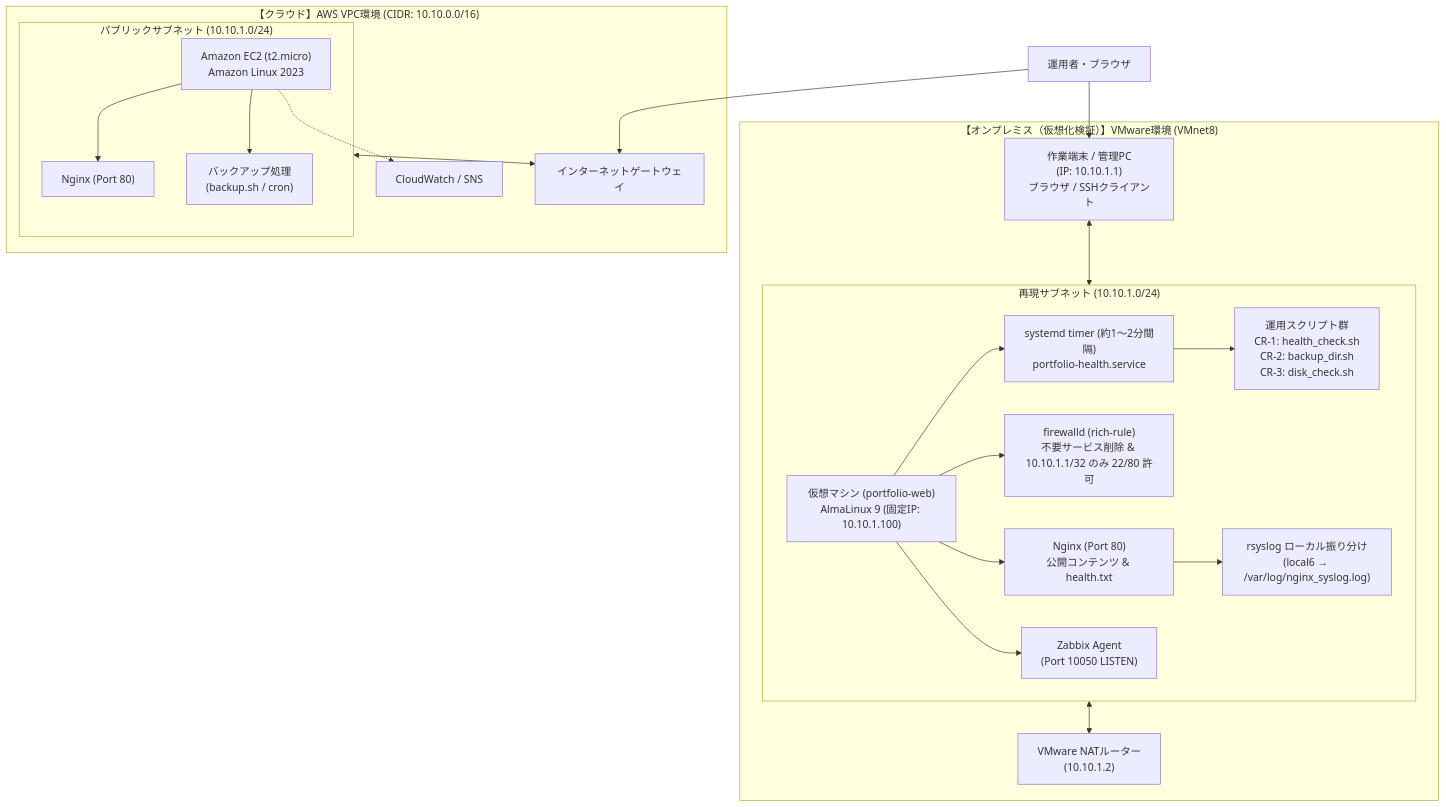
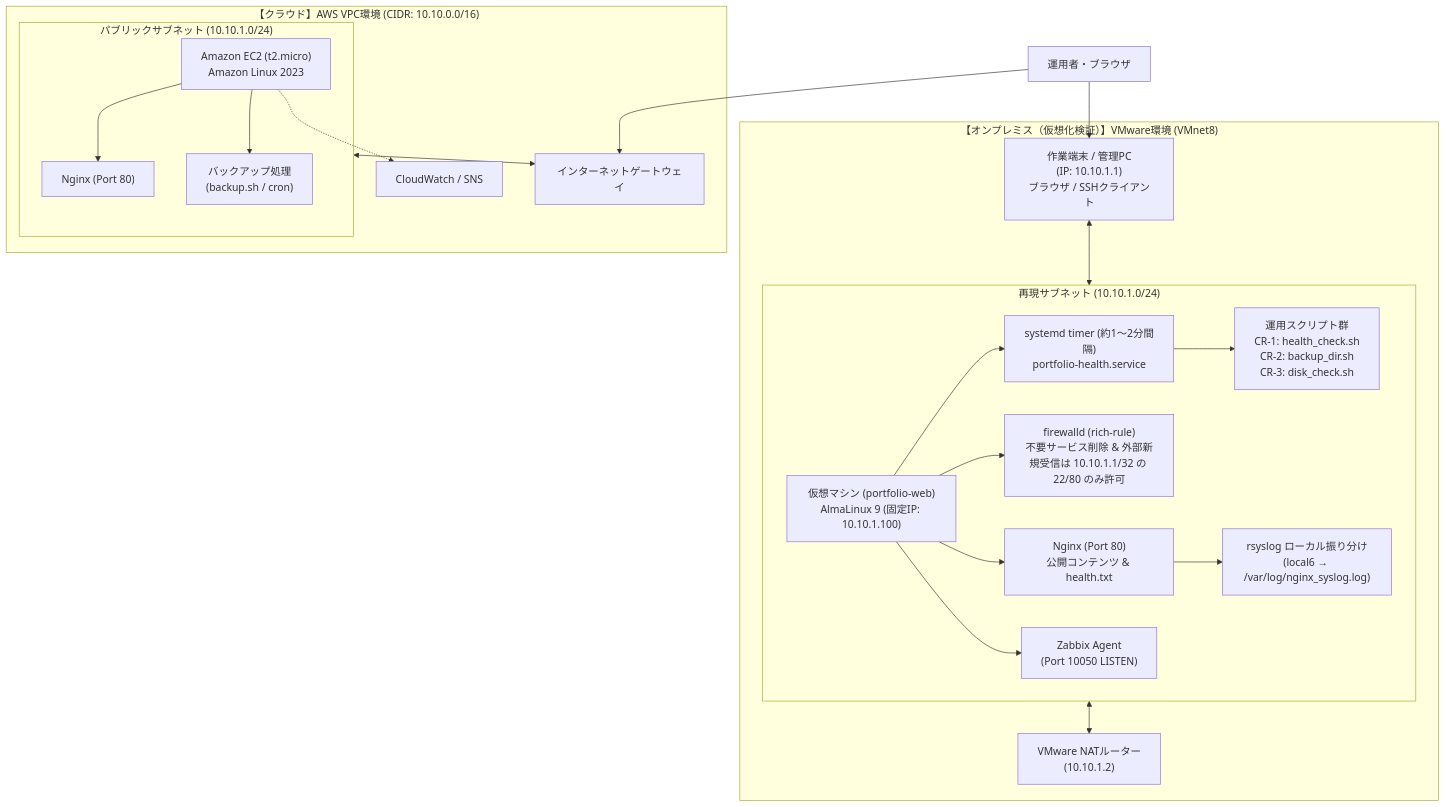
The first of 2 diagrams in README.md (tsdeportfolio/aws-linux-hybrid-portfolio), drawn with Mermaid before and after one commit. The commit also changed other lines of this file and 2 other files, not shown here.

````diff
--- a/README.md
+++ b/README.md
@@ -93,43 +93,43 @@
 ```mermaid
 flowchart TD
     subgraph AWS_Cloud ["【クラウド】AWS VPC環境 (CIDR: 10.10.0.0/16)"]
         subgraph AWS_Subnet ["パブリックサブネット (10.10.1.0/24)"]
             EC2["Amazon EC2 (t2.micro)<br>Amazon Linux 2023"]
             Nginx["Nginx (Port 80)"]
             Backup["バックアップ処理<br>(backup.sh / cron)"]
             EC2 --> Nginx
             EC2 --> Backup
         end
         IGW["インターネットゲートウェイ"]
         CW["CloudWatch / SNS"]
         AWS_Subnet <--> IGW
         EC2 -.-> CW
     end
 
     subgraph On_Premise ["【オンプレミス（仮想化検証）】VMware環境 (VMnet8)"]
         subgraph Local_Subnet ["再現サブネット (10.10.1.0/24)"]
             VM["仮想マシン (portfolio-web)<br>AlmaLinux 9 (固定IP: 10.10.1.100)"]
             Local_Nginx["Nginx (Port 80)<br>公開コンテンツ & health.txt"]
-            Firewalld["firewalld (rich-rule)<br>不要サービス削除 & 10.10.1.1/32 のみ 22/80 許可"]
+            Firewalld["firewalld (rich-rule)<br>不要サービス削除 & 外部新規受信は 10.10.1.1/32 の 22/80 のみ許可"]
             SystemdTimer["systemd timer (約1〜2分間隔)<br>portfolio-health.service"]
             CR_Scripts["運用スクリプト群<br>CR-1: health_check.sh<br>CR-2: backup_dir.sh<br>CR-3: disk_check.sh"]
             ZabbixAgent["Zabbix Agent<br>(Port 10050 LISTEN)"]
             Rsyslog["rsyslog ローカル振り分け<br>(local6 → /var/log/nginx_syslog.log)"]
             
             VM --> Local_Nginx
             VM --> Firewalld
             VM --> SystemdTimer
             SystemdTimer --> CR_Scripts
             VM --> ZabbixAgent
             Local_Nginx --> Rsyslog
         end
         NAT_GW["VMware NATルーター<br>(10.10.1.2)"]
         HostPC["作業端末 / 管理PC<br>(IP: 10.10.1.1)<br>ブラウザ / SSHクライアント"]
         
         HostPC <--> Local_Subnet
         Local_Subnet <--> NAT_GW
     end
 
     User_Access["運用者・ブラウザ"] --> IGW
     User_Access --> HostPC
 ```
````
